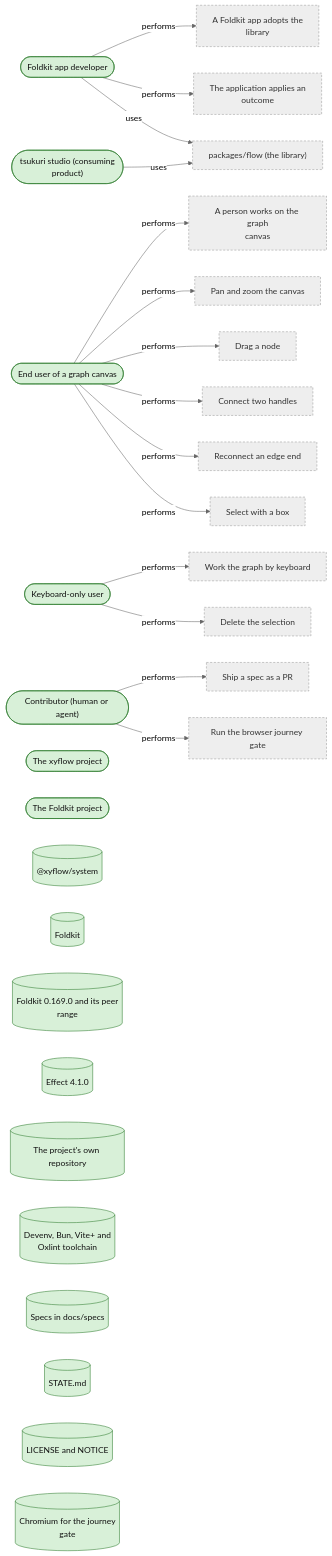
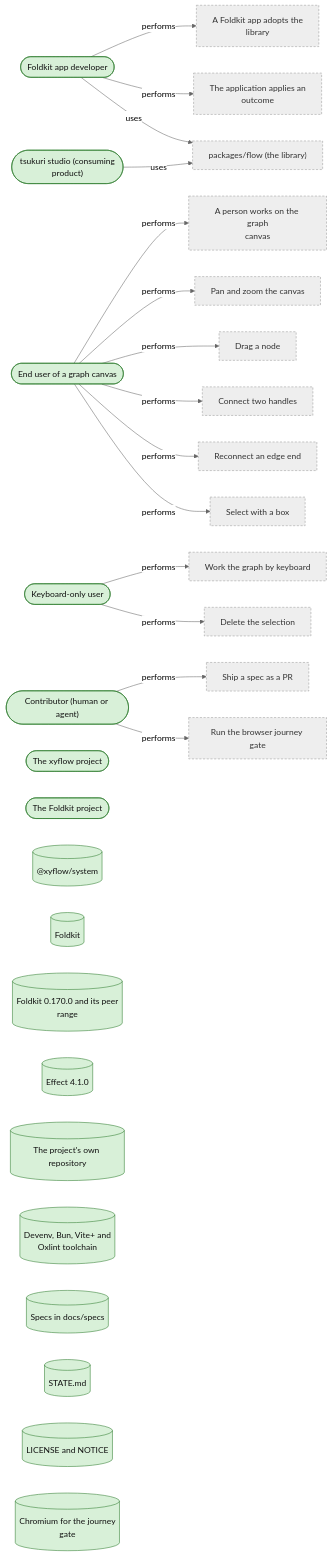
The fourth of 4 diagrams in docs/actors-and-resources.md (reebeat/.github), drawn with Mermaid (neutral theme) before and after one commit. The commit also changed other lines of this file and 49 other files, not shown here.

````diff
--- a/docs/actors-and-resources.md
+++ b/docs/actors-and-resources.md
@@ -296,51 +296,51 @@
 ```mermaid
 flowchart LR
     classDef decided fill:#d8f0d8,stroke:#2d7a2d,color:#111
     classDef proposed fill:#fff3c4,stroke:#a07800,color:#111
     classDef open fill:#f8d7d7,stroke:#a02020,color:#111
     classDef outside fill:#eee,stroke:#999,color:#333,stroke-dasharray:4 3
     actor_flow_app_developer(["Foldkit app developer"]):::decided
     actor_flow_studio(["tsukuri studio (consuming<br/>product)"]):::decided
     actor_flow_end_user(["End user of a graph canvas"]):::decided
     actor_flow_keyboard_user(["Keyboard-only user"]):::decided
     actor_flow_contributor(["Contributor (human or agent)"]):::decided
     actor_flow_xyflow(["The xyflow project"]):::decided
     actor_flow_foldkit_project(["The Foldkit project"]):::decided
     resource_flow_xyflow_system[("@xyflow/system")]:::decided
     resource_flow_foldkit[("Foldkit")]:::decided
-    resource_flow_foldkit_pin[("Foldkit 0.169.0 and its peer<br/>range")]:::decided
+    resource_flow_foldkit_pin[("Foldkit 0.170.0 and its peer<br/>range")]:::decided
     resource_flow_effect[("Effect 4.1.0")]:::decided
     resource_flow_repo[("The project's own repository")]:::decided
     resource_flow_toolchain[("Devenv, Bun, Vite+ and<br/>Oxlint toolchain")]:::decided
     resource_flow_specs[("Specs in docs/specs")]:::decided
     resource_flow_state_file[("STATE.md")]:::decided
     resource_flow_notice[("LICENSE and NOTICE")]:::decided
     resource_flow_chromium[("Chromium for the journey<br/>gate")]:::decided
     process_flow_adopt_library["A Foldkit app adopts the<br/>library"]:::outside
     process_flow_apply_outcome["The application applies an<br/>outcome"]:::outside
     comp_flow_library["packages/flow (the library)"]:::outside
     process_flow_use_canvas["A person works on the graph<br/>canvas"]:::outside
     process_flow_pan_zoom["Pan and zoom the canvas"]:::outside
     process_flow_drag_node["Drag a node"]:::outside
     process_flow_connect_handles["Connect two handles"]:::outside
     process_flow_reconnect_edge["Reconnect an edge end"]:::outside
     process_flow_box_select["Select with a box"]:::outside
     process_flow_keyboard_navigate["Work the graph by keyboard"]:::outside
     process_flow_delete_selection["Delete the selection"]:::outside
     process_flow_ship_spec["Ship a spec as a PR"]:::outside
     process_flow_run_journey_gate["Run the browser journey gate"]:::outside
     actor_flow_app_developer -->|performs| process_flow_adopt_library
     actor_flow_app_developer -->|performs| process_flow_apply_outcome
     actor_flow_app_developer -->|uses| comp_flow_library
     actor_flow_studio -->|uses| comp_flow_library
     actor_flow_end_user -->|performs| process_flow_use_canvas
     actor_flow_end_user -->|performs| process_flow_pan_zoom
     actor_flow_end_user -->|performs| process_flow_drag_node
     actor_flow_end_user -->|performs| process_flow_connect_handles
     actor_flow_end_user -->|performs| process_flow_reconnect_edge
     actor_flow_end_user -->|performs| process_flow_box_select
     actor_flow_keyboard_user -->|performs| process_flow_keyboard_navigate
     actor_flow_keyboard_user -->|performs| process_flow_delete_selection
     actor_flow_contributor -->|performs| process_flow_ship_spec
     actor_flow_contributor -->|performs| process_flow_run_journey_gate
 ```
````
